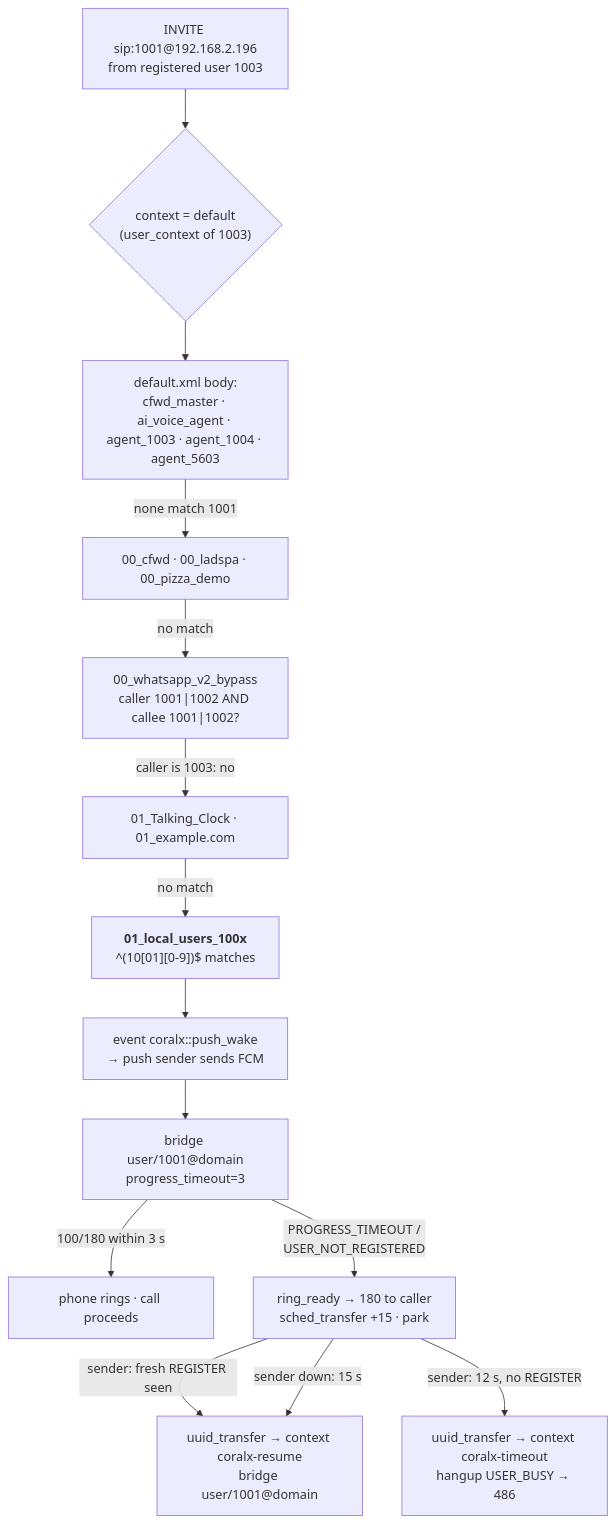
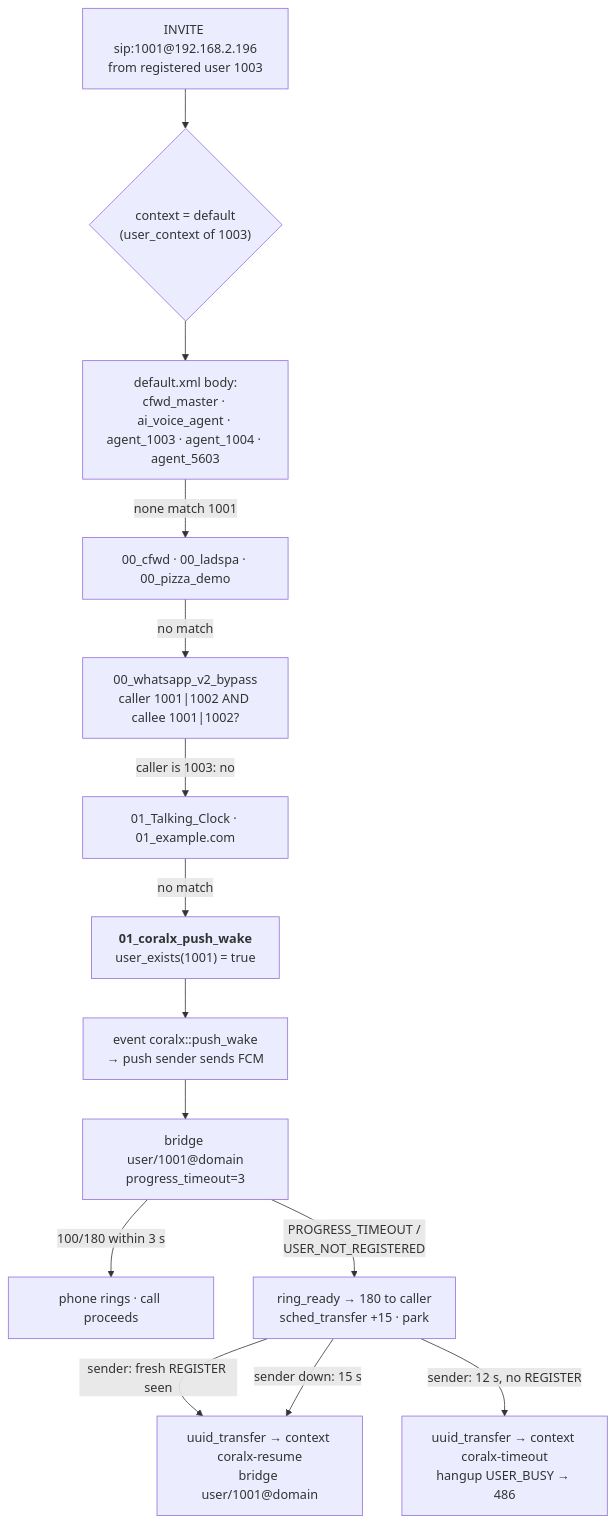
One commit to Rahulcse79/whatsapp-v2 changed the diagram in docs/Freeswitch_configuration_docs/04-dialplan.md. Above: the diagram before and after it, drawn with Mermaid. The commit also changed other lines of this file and 5 other files, not shown here.

````diff
--- a/docs/Freeswitch_configuration_docs/04-dialplan.md
+++ b/docs/Freeswitch_configuration_docs/04-dialplan.md
@@ -28,16 +28,16 @@
 ```mermaid
 flowchart TD
     I["INVITE sip:1001@192.168.2.196<br/>from registered user 1003"] --> C{"context = default<br/>(user_context of 1003)"}
     C --> D1["default.xml body:<br/>cfwd_master · ai_voice_agent · agent_1003 · agent_1004 · agent_5603"]
     D1 -- "none match 1001" --> D2["00_cfwd · 00_ladspa · 00_pizza_demo"]
     D2 -- "no match" --> D3["00_whatsapp_v2_bypass<br/>caller 1001|1002 AND callee 1001|1002?"]
     D3 -- "caller is 1003: no" --> D4["01_Talking_Clock · 01_example.com"]
-    D4 -- "no match" --> D5["<b>01_local_users_100x</b><br/>^(10[01][0-9])$ matches"]
+    D4 -- "no match" --> D5["<b>01_coralx_push_wake</b><br/>user_exists(1001) = true"]
     D5 --> E["event coralx::push_wake<br/>→ push sender sends FCM"]
     E --> B1["bridge user/1001@domain<br/>progress_timeout=3"]
     B1 -- "100/180 within 3 s" --> RING["phone rings · call proceeds"]
     B1 -- "PROGRESS_TIMEOUT /<br/>USER_NOT_REGISTERED" --> RR["ring_ready → 180 to caller<br/>sched_transfer +15 · park"]
     RR -- "sender: fresh REGISTER seen" --> RES["uuid_transfer → context coralx-resume<br/>bridge user/1001@domain"]
     RR -- "sender: 12 s, no REGISTER" --> TO["uuid_transfer → context coralx-timeout<br/>hangup USER_BUSY → 486"]
     RR -- "sender down: 15 s" --> RES
 ```
````
